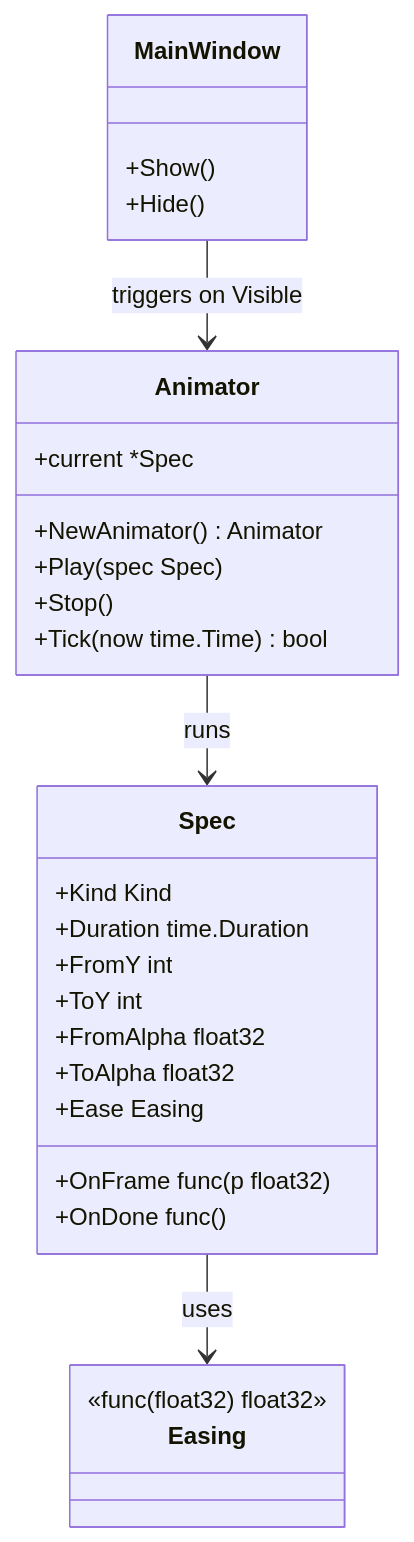
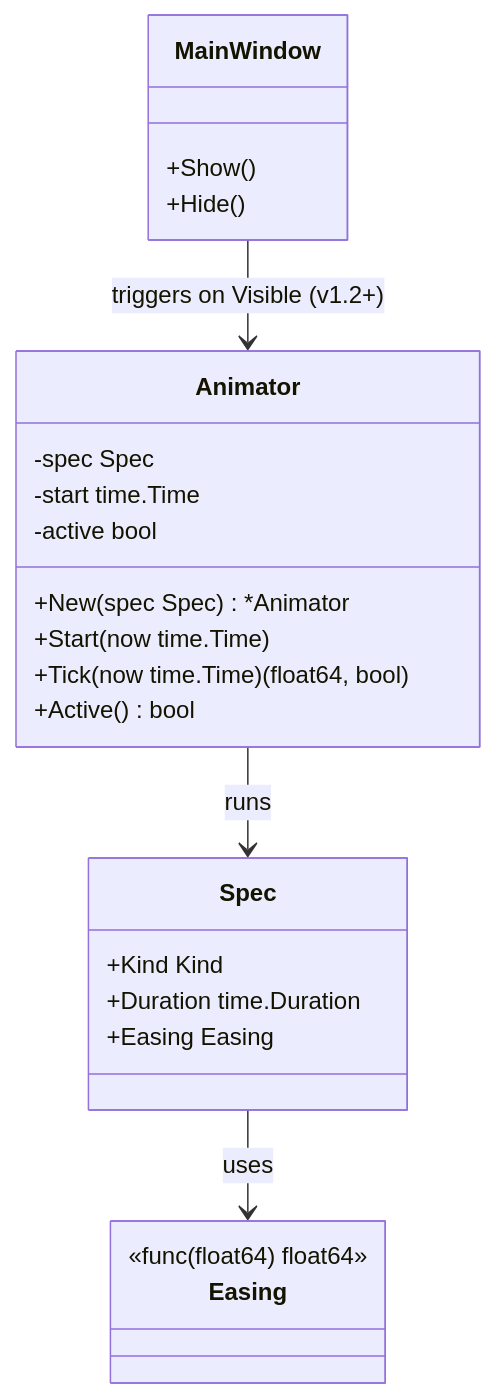
Before and after one commit to shaolei/DeskCalendar: the first of 4 diagrams in docs/90-UI/Animation.md, drawn with Mermaid. The commit also changed other lines of this file and 11 other files, not shown here.

````diff
--- a/docs/90-UI/Animation.md
+++ b/docs/90-UI/Animation.md
@@ -23,31 +23,27 @@
 ```mermaid
 classDiagram
     class Animator {
-        +current *Spec
-        +NewAnimator() Animator
-        +Play(spec Spec)
-        +Stop()
-        +Tick(now time.Time) bool
+        -spec Spec
+        -start time.Time
+        -active bool
+        +New(spec Spec) *Animator
+        +Start(now time.Time)
+        +Tick(now time.Time) (float64, bool)
+        +Active() bool
     }
     class Spec {
         +Kind Kind
         +Duration time.Duration
-        +FromY int
-        +ToY int
-        +FromAlpha float32
-        +ToAlpha float32
-        +Ease Easing
-        +OnFrame func(p float32)
-        +OnDone func()
+        +Easing Easing
     }
     class Easing {
-        <<func(float32) float32>>
+        <<func(float64) float64>>
     }
     class MainWindow {
         +Show()
         +Hide()
     }
     Animator --> Spec : runs
     Spec --> Easing : uses
-    MainWindow --> Animator : triggers on Visible
+    MainWindow --> Animator : triggers on Visible (v1.2+)
 ```
````
